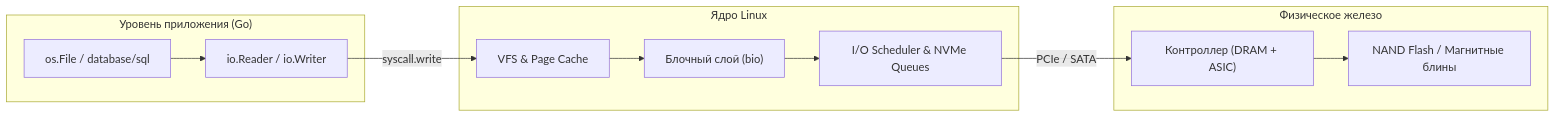
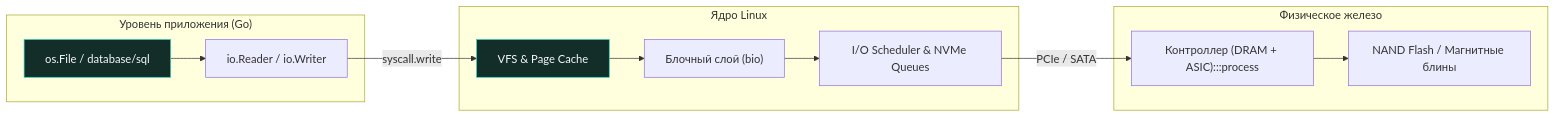
Before and after one commit to UnrealTemplier/go-textbook: the first of 6 diagrams in sources/2. Устройство и работа ОС/44. Диски и устройства хранения.md, drawn with Mermaid. The commit also changed other lines of this file and 1666 other files, not shown here.

First line of the commit message:
feat(mermaid): add semantic color classDef to 1369 colorless flowchart/graph diagrams

````diff
--- a/sources/2. Устройство и работа ОС/44. Диски и устройства хранения.md
+++ b/sources/2. Устройство и работа ОС/44. Диски и устройства хранения.md
@@ -14,16 +14,26 @@
 ```mermaid
 flowchart LR
+    classDef process  fill:#1e293b,stroke:#38bdf8,stroke-width:1px,color:#f8fafc
+    classDef success  fill:#064e3b,stroke:#34d399,stroke-width:1px,color:#f8fafc
+    classDef error    fill:#7f1d1d,stroke:#f87171,stroke-width:1px,color:#f8fafc
+    classDef warning  fill:#78350f,stroke:#fbbf24,stroke-width:1px,color:#f8fafc
+    classDef entry    fill:#1e3a5f,stroke:#38bdf8,stroke-width:2px,color:#f8fafc
+    classDef aux      fill:#334155,stroke:#64748b,stroke-width:1px,color:#f8fafc
+    classDef system   fill:#312e81,stroke:#a78bfa,stroke-width:1px,color:#f8fafc
+    classDef data     fill:#132d29,stroke:#2dd4bf,stroke-width:1px,color:#f8fafc
+    classDef network  fill:#881337,stroke:#fb7185,stroke-width:1px,color:#f8fafc
+    classDef accent   fill:#1e1b4b,stroke:#818cf8,stroke-width:1px,color:#f8fafc
     subgraph App["Уровень приложения (Go)"]
-        A["os.File / database/sql"] --> B["io.Reader / io.Writer"]
+        A["os.File / database/sql"]:::data --> B["io.Reader / io.Writer"]
     end
     subgraph Kernel["Ядро Linux"]
-        C["VFS & Page Cache"] --> D["Блочный слой (bio)"]
+        C["VFS & Page Cache"]:::data --> D["Блочный слой (bio)"]
         D --> E["I/O Scheduler & NVMe Queues"]
     end
     subgraph Hardware["Физическое железо"]
-        F["Контроллер (DRAM + ASIC)"] --> G["NAND Flash / Магнитные блины"]
+        F["Контроллер (DRAM + ASIC):::process"] --> G["NAND Flash / Магнитные блины"]
     end
 
     B -->|"syscall.write"| C
     E -->|"PCIe / SATA"| F
 ```
````
